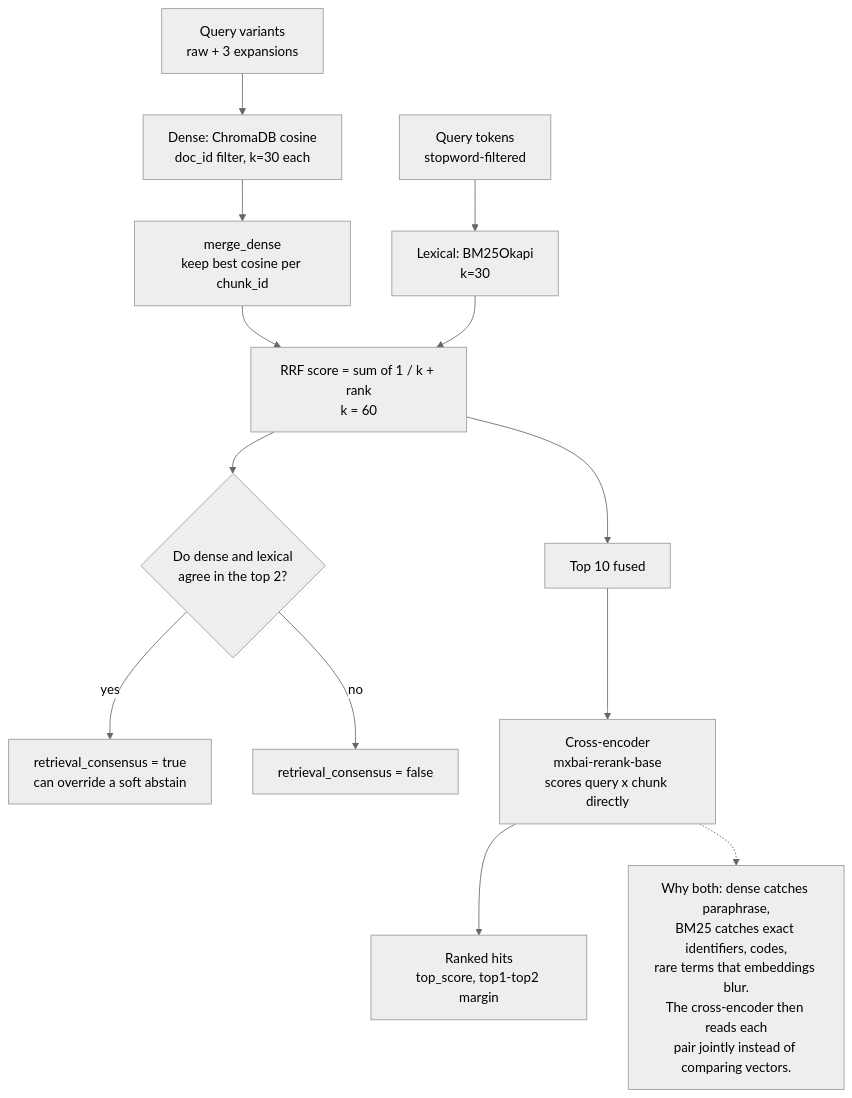
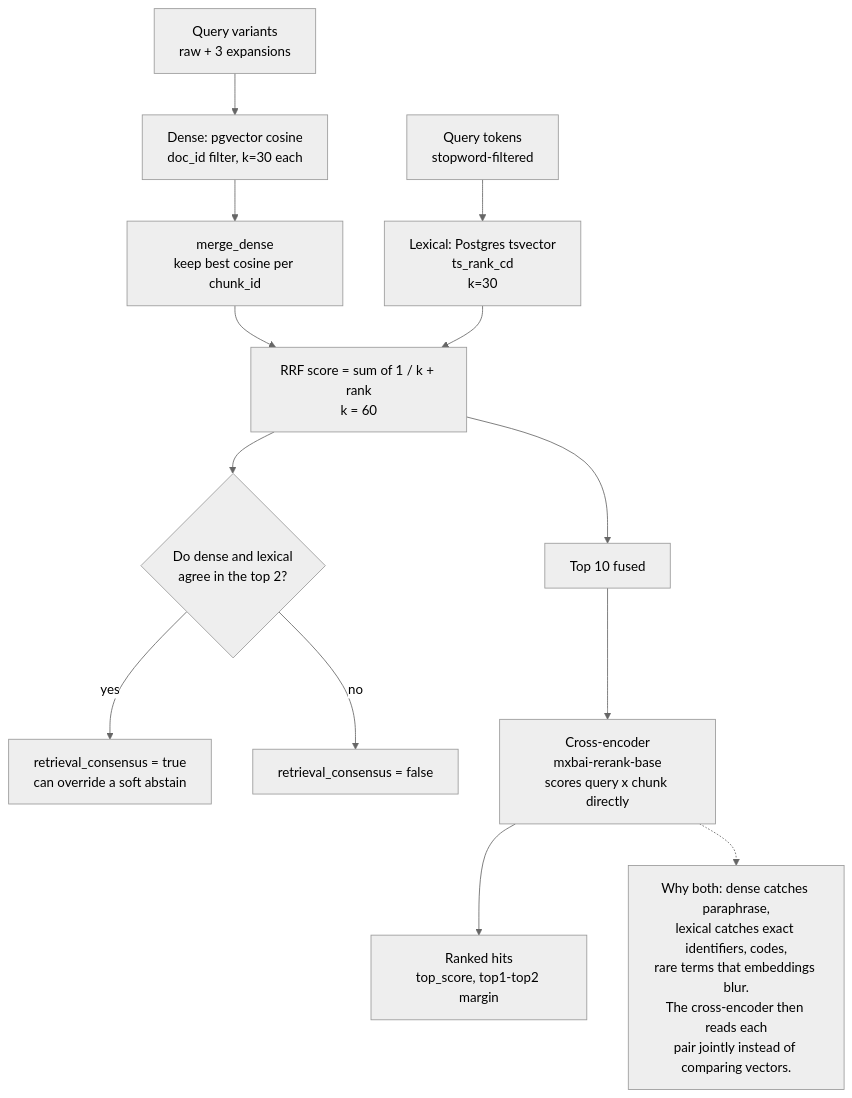
One commit to nishanthsr7-eng/smart-document-assistant changed the diagram in docs/diagrams/04-hybrid-retrieval.mmd. Above: the diagram before and after it, drawn with Mermaid (neutral theme). The commit also changed 31 other files, not shown here.

```diff
--- a/docs/diagrams/04-hybrid-retrieval.mmd
+++ b/docs/diagrams/04-hybrid-retrieval.mmd
@@ -1,18 +1,18 @@
 graph TB
-    QV["Query variants<br/>raw + 3 expansions"] --> D["Dense: ChromaDB cosine<br/>doc_id filter, k=30 each"]
-    QT["Query tokens<br/>stopword-filtered"] --> L["Lexical: BM25Okapi<br/>k=30"]
+    QV["Query variants<br/>raw + 3 expansions"] --> D["Dense: pgvector cosine<br/>doc_id filter, k=30 each"]
+    QT["Query tokens<br/>stopword-filtered"] --> L["Lexical: Postgres tsvector<br/>ts_rank_cd<br/>k=30"]
 
     D --> M["merge_dense<br/>keep best cosine per chunk_id"]
     M --> F["RRF score = sum of 1 / k + rank<br/>k = 60"]
     L --> F
 
     F --> CON{"Do dense and lexical<br/>agree in the top 2?"}
     CON -->|"yes"| FLAG["retrieval_consensus = true<br/>can override a soft abstain"]
     CON -->|"no"| NOFLAG["retrieval_consensus = false"]
 
     F --> TOP["Top 10 fused"]
     TOP --> CE["Cross-encoder<br/>mxbai-rerank-base<br/>scores query x chunk directly"]
     CE --> OUT["Ranked hits<br/>top_score, top1-top2 margin"]
 
-    NOTE["Why both: dense catches paraphrase,<br/>BM25 catches exact identifiers, codes,<br/>rare terms that embeddings blur.<br/>The cross-encoder then reads each<br/>pair jointly instead of comparing vectors."]
+    NOTE["Why both: dense catches paraphrase,<br/>lexical catches exact identifiers, codes,<br/>rare terms that embeddings blur.<br/>The cross-encoder then reads each<br/>pair jointly instead of comparing vectors."]
     CE -.-> NOTE
```
